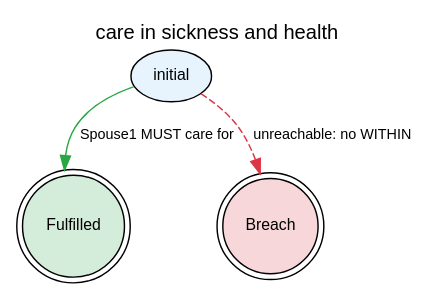
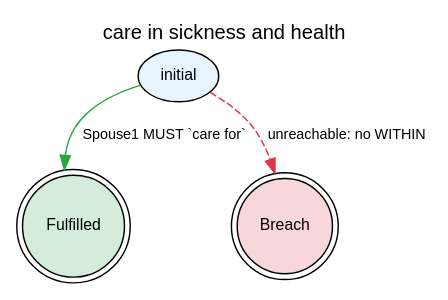
Before and after one commit to legalese/l4-ide: the diagram in jl4/examples/state-graphs/careinsicknessandhealth.dot, drawn with Graphviz. The commit also changed 93 other files, not shown here.

```diff
--- a/jl4/examples/state-graphs/careinsicknessandhealth.dot
+++ b/jl4/examples/state-graphs/careinsicknessandhealth.dot
@@ -1,32 +1,32 @@
 digraph {
     graph [rankdir=TB
           ,label="care in sickness and health"
           ,labelloc=t
           ,fontname=Helvetica
           ,fontsize=14];
     node [fontname=Helvetica
          ,fontsize=11];
     edge [fontname=Helvetica
          ,fontsize=10];
     0 [label=initial
       ,fillcolor=white
       ,style=filled
       ,shape=ellipse
       ,fillcolor="#e8f4fd"];
     1 [label=Fulfilled
       ,fillcolor=white
       ,style=filled
       ,shape=doublecircle
       ,fillcolor="#d4edda"];
     2 [label=Breach
       ,fillcolor=white
       ,style=filled
       ,shape=doublecircle
       ,fillcolor="#f8d7da"];
-    0 -> 1 [label="Spouse1 MUST care for"
+    0 -> 1 [label="Spouse1 MUST `care for`"
            ,color="#28a745"
            ,style=solid];
     0 -> 2 [label="unreachable: no WITHIN"
            ,color="#dc3545"
            ,style=dashed];
 }
```
